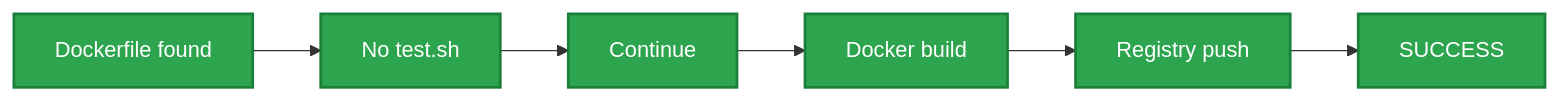
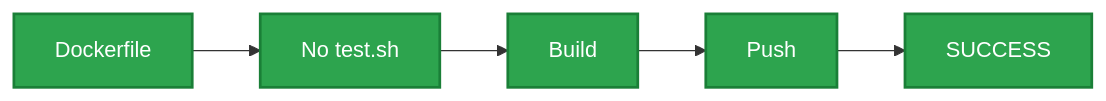
One commit to meghanareddy08/Txstate-DevOps-Assignment changed the fifth of 8 diagrams in docs/architecture.md. Above: the diagram before and after it, drawn with Mermaid. The commit also changed other lines of this file, not shown here.

Commit message:
Simplify architecture documentation

````diff
--- a/docs/architecture.md
+++ b/docs/architecture.md
@@ -288,11 +170,10 @@
 ```mermaid
 flowchart LR
-    A[Dockerfile found] --> B[No test.sh]
-    B --> C[Continue]
-    C --> D[Docker build]
-    D --> E[Registry push]
-    E --> F[SUCCESS]
+    A[Dockerfile] --> B[No test.sh]
+    B --> C[Build]
+    C --> D[Push]
+    D --> E[SUCCESS]
 
     classDef success fill:#2da44e,color:#ffffff,stroke:#1a7f37,stroke-width:2px;
-    class A,B,C,D,E,F success;
+    class A,B,C,D,E success;
 ```
````
